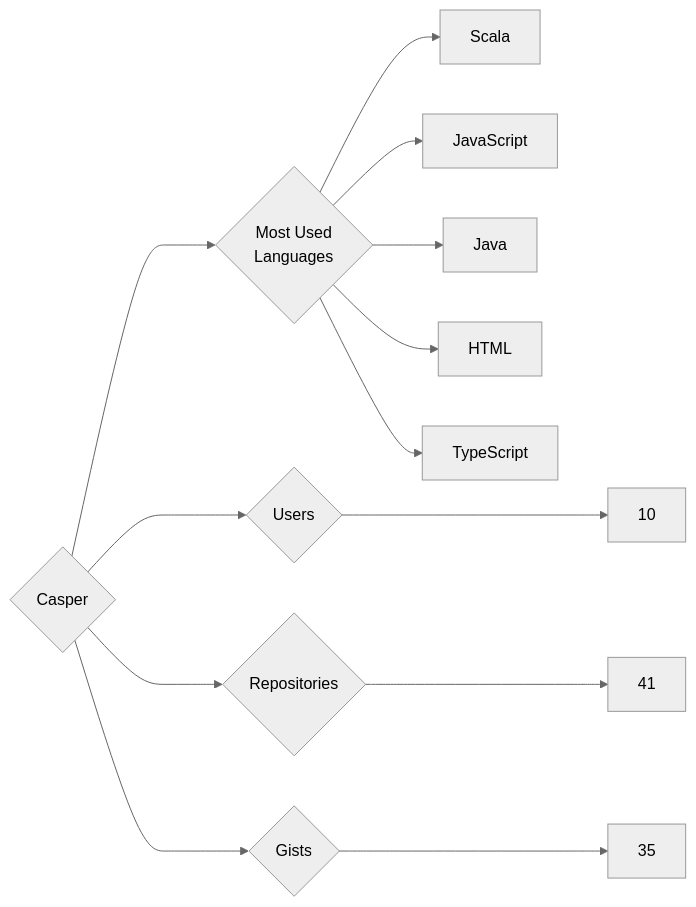
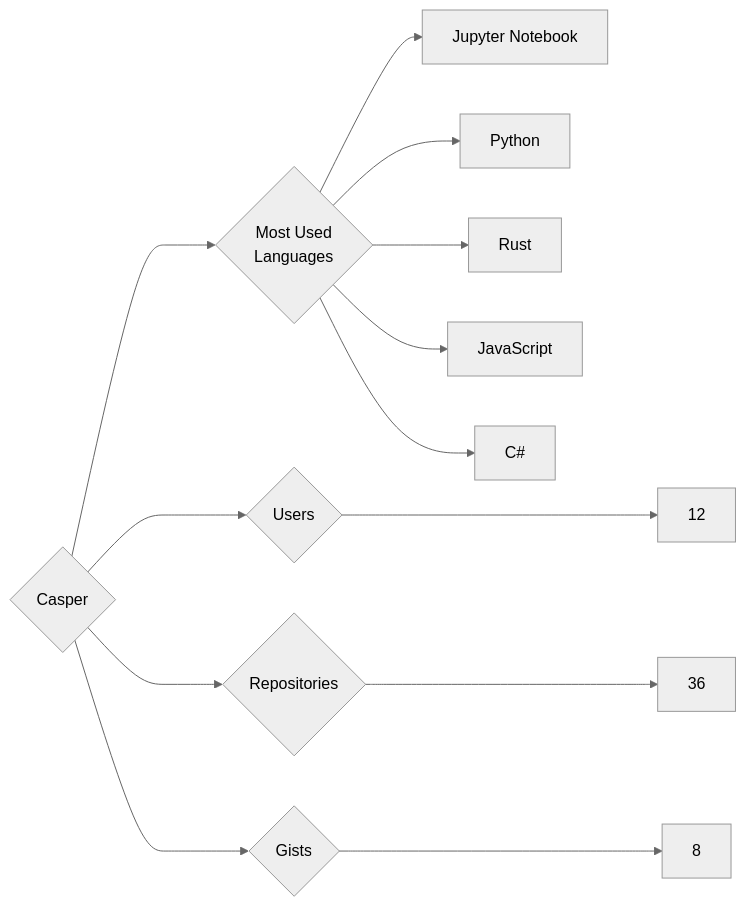
One commit to trickest/insiders changed the diagram in targets/Casper/README.md. Above: the diagram before and after it, drawn with Mermaid (neutral theme). The commit also changed 749 other files, not shown here.

````diff
--- a/targets/Casper/README.md
+++ b/targets/Casper/README.md
@@ -3,13 +3,13 @@
 ```mermaid
 graph LR
 COMPANY_NAME{Casper}
-COMPANY_NAME ---> U{Users} ---> UN[10]
-COMPANY_NAME ---> R{Repositories} ---> RN[41]
-COMPANY_NAME ---> G{Gists} ---> GN[35]
+COMPANY_NAME ---> U{Users} ---> UN[12]
+COMPANY_NAME ---> R{Repositories} ---> RN[36]
+COMPANY_NAME ---> G{Gists} ---> GN[8]
 COMPANY_NAME ---> ML{Most Used<br>Languages}
-ML --> Scala[Scala]
+ML --> Jupyter_Notebook[Jupyter Notebook]
+ML --> Python[Python]
+ML --> Rust[Rust]
 ML --> JavaScript[JavaScript]
-ML --> Java[Java]
-ML --> HTML[HTML]
-ML --> TypeScript[TypeScript]
+ML --> C#[C#]
 ```
````
